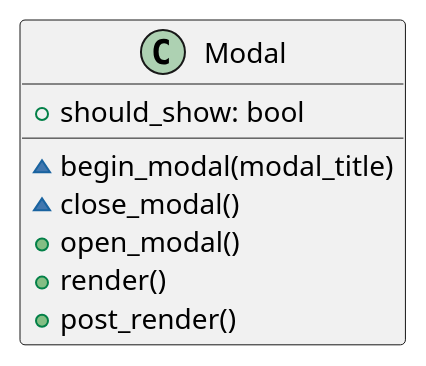
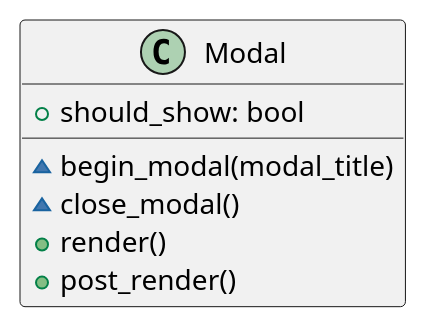
One commit to ferpoble2/Relief_Creator changed the diagram in docs/classes/Modal.puml. Above: the diagram before and after it, drawn with PlantUML. The commit also changed 5 other files, not shown here.

```diff
--- a/docs/classes/Modal.puml
+++ b/docs/classes/Modal.puml
@@ -1,14 +1,13 @@
 @startuml
 'https://plantuml.com/class-diagram
 
 class Modal {
     + should_show: bool
 
     ~ begin_modal(modal_title)
     ~ close_modal()
-    + open_modal()
     + render()
     + post_render()
 }
 
 @enduml
```
